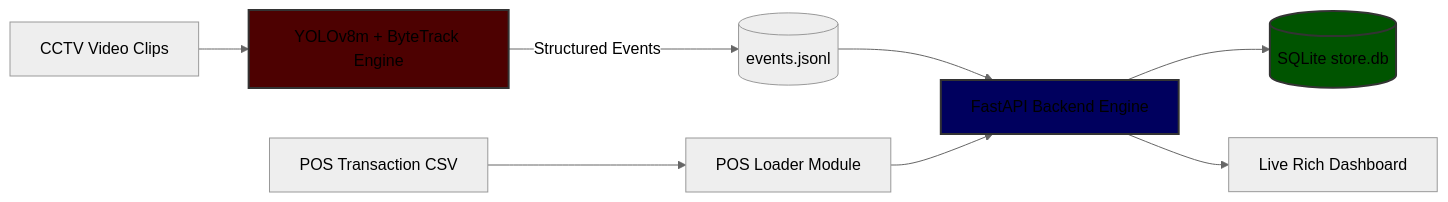
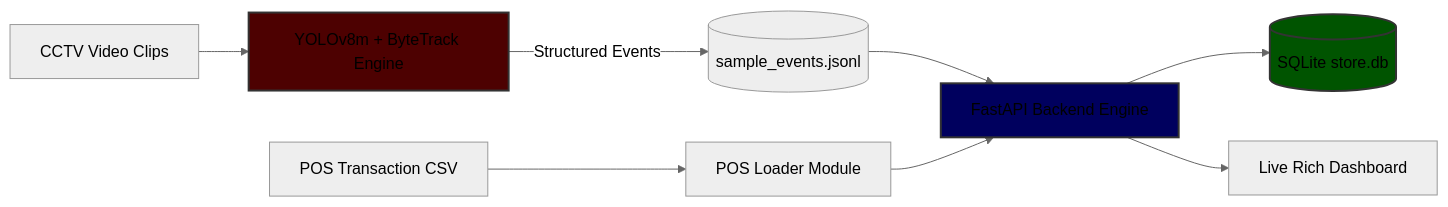
One commit to shubham1065/store-intelligence changed the diagram in README.md. Above: the diagram before and after it, drawn with Mermaid (neutral theme). The commit also changed other lines of this file and 10 other files, not shown here.

Commit message:
Rename event log files to sample_events, add gitignore exceptions, update root DESIGN/CHOICES docs, and add auto-copy logic on startup

````diff
--- a/README.md
+++ b/README.md
@@ -156,19 +156,19 @@
 ```mermaid
 graph LR
     %% Data Sources
     Clips[CCTV Video Clips] --> Vision[YOLOv8m + ByteTrack Engine]
     POS[POS Transaction CSV] --> Ingest[POS Loader Module]
 
     %% Pipeline Processing
-    Vision -->|Structured Events| JSONL[(events.jsonl)]
+    Vision -->|Structured Events| JSONL[(sample_events.jsonl)]
     JSONL --> API[FastAPI Backend Engine]
     Ingest --> API
 
     %% Storage & Access
     API --> DB[(SQLite store.db)]
     API --> Dash[Live Rich Dashboard]
 
     style Vision fill:#4d0101,stroke:#333,stroke-width:2px
     style API fill:#00005e,stroke:#333,stroke-width:2px
     style DB fill:#005400,stroke:#333,stroke-width:2px
 ```
````
